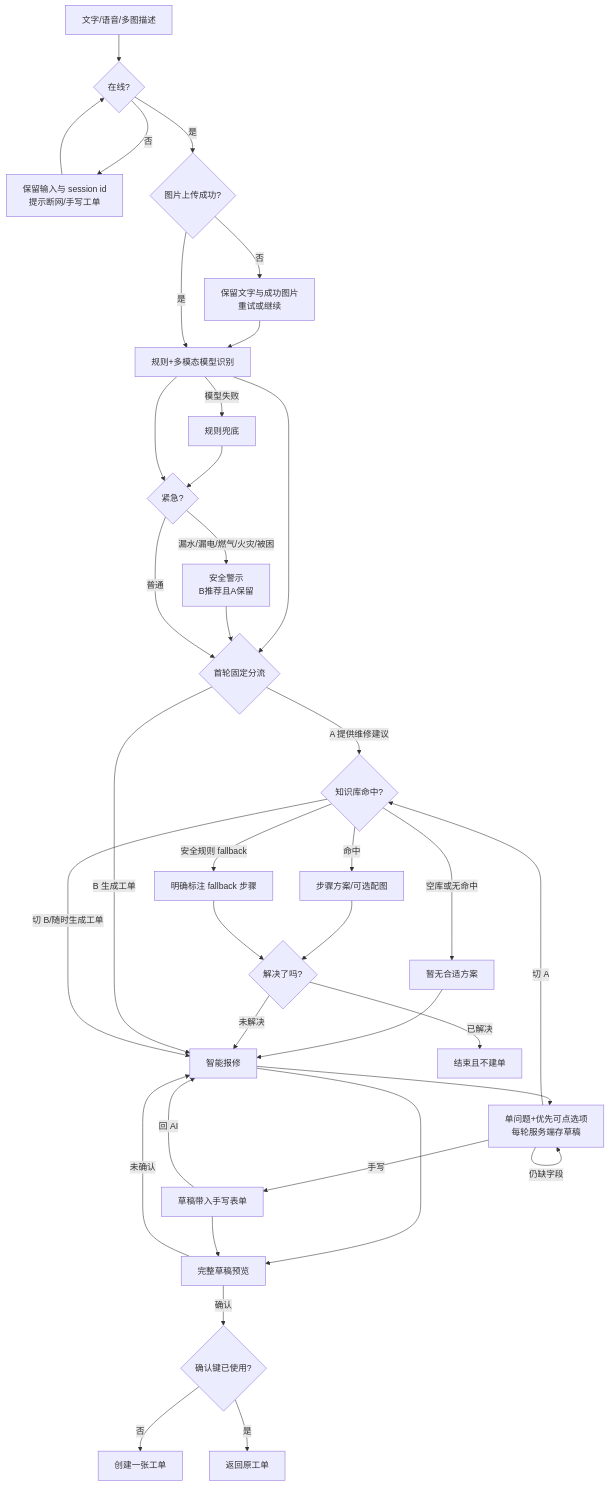
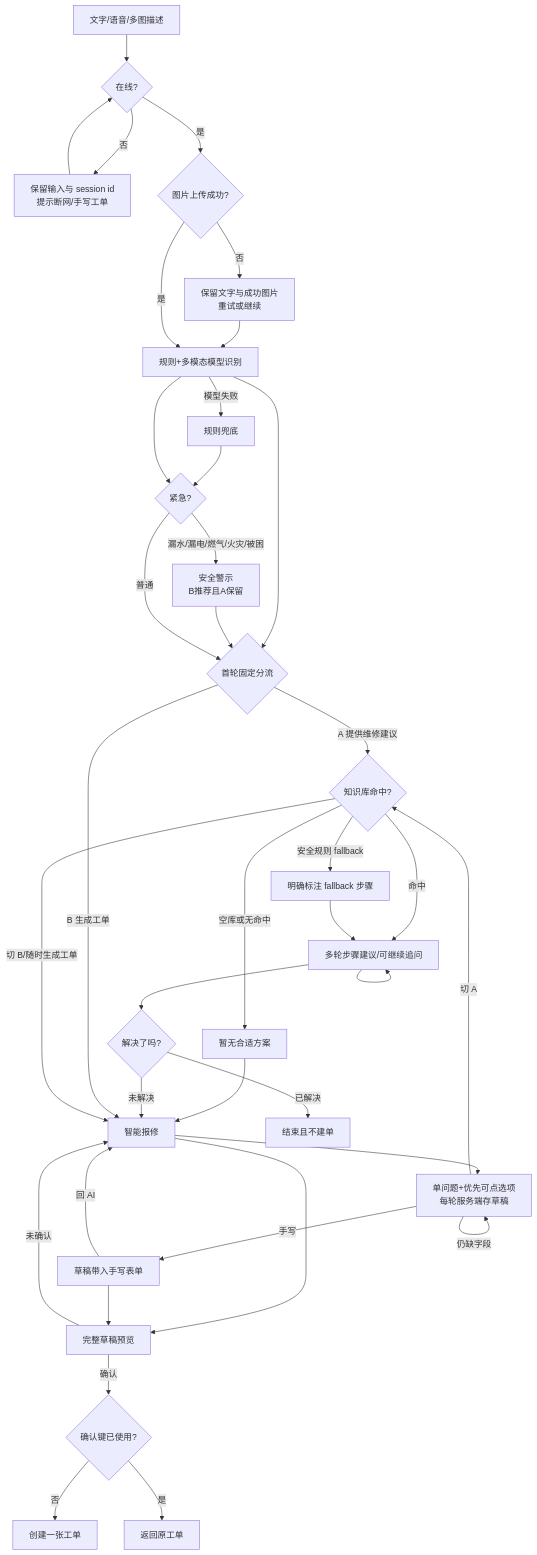
One commit to wwwkyle/dormcare changed the diagram in docs/student-ai-intake-design.md. Above: the diagram before and after it, drawn with Mermaid. The commit also changed other lines of this file and 7 other files, not shown here.

````diff
--- a/docs/student-ai-intake-design.md
+++ b/docs/student-ai-intake-design.md
@@ -7,35 +7,36 @@
 ```mermaid
 flowchart TD
   A[文字/语音/多图描述] --> N{在线?}
   N -- 否 --> OFF[保留输入与 session id\n提示断网/手写工单] --> N
   N -- 是 --> U{图片上传成功?}
   U -- 否 --> UF[保留文字与成功图片\n重试或继续] --> C
   U -- 是 --> C[规则+多模态模型识别]
   C -->|模型失败| R[规则兜底]
   C --> S{首轮固定分流}
   R --> D{紧急?}
   C --> D
   D -- 漏水/漏电/燃气/火灾/被困 --> E[安全警示\nB推荐且A保留] --> S
   D -- 普通 --> S
   S -->|A 提供维修建议| K{知识库命中?}
-  K -- 命中 --> P[步骤方案/可选配图]
+  K -- 命中 --> P[多轮步骤建议/可继续追问]
   K -- 空库或无命中 --> X[暂无合适方案] --> B
   K -- 安全规则 fallback --> F[明确标注 fallback 步骤]
+  P --> P
   P --> Z{解决了吗?}
-  F --> Z
+  F --> P
   Z -- 已解决 --> DONE[结束且不建单]
   Z -- 未解决 --> B[智能报修]
   S -->|B 生成工单| B
   B --> Q2[单问题+优先可点选项\n每轮服务端存草稿]
   Q2 -->|仍缺字段| Q2
   Q2 -->|切 A| K
   K -->|切 B/随时生成工单| B
   Q2 -->|手写| M[草稿带入手写表单]
   M -->|回 AI| B
   B --> PRE[完整草稿预览]
   M --> PRE
   PRE -->|确认| IDEM{确认键已使用?}
   IDEM -- 否 --> T[创建一张工单]
   IDEM -- 是 --> SAME[返回原工单]
   PRE -->|未确认| B
 ```
````
